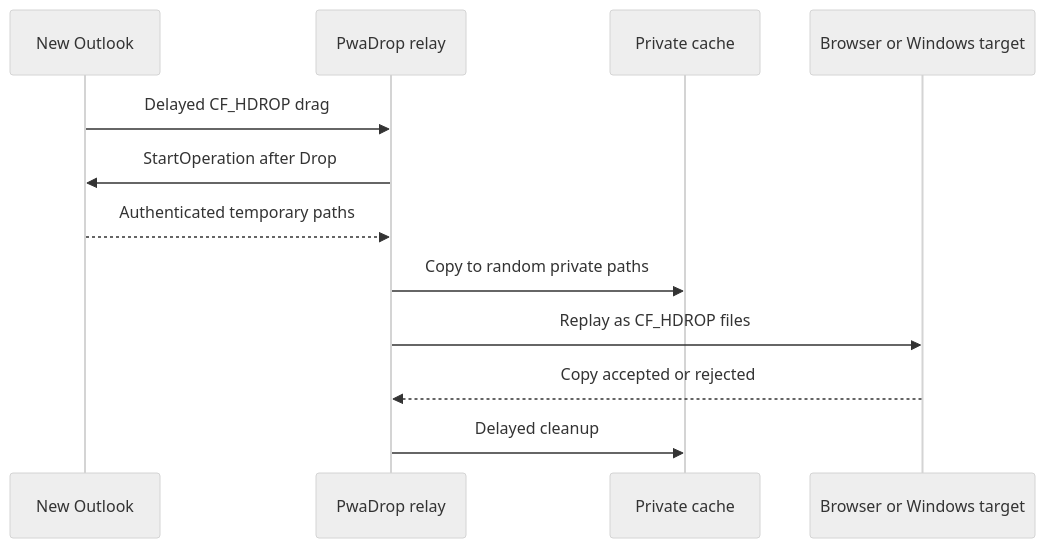
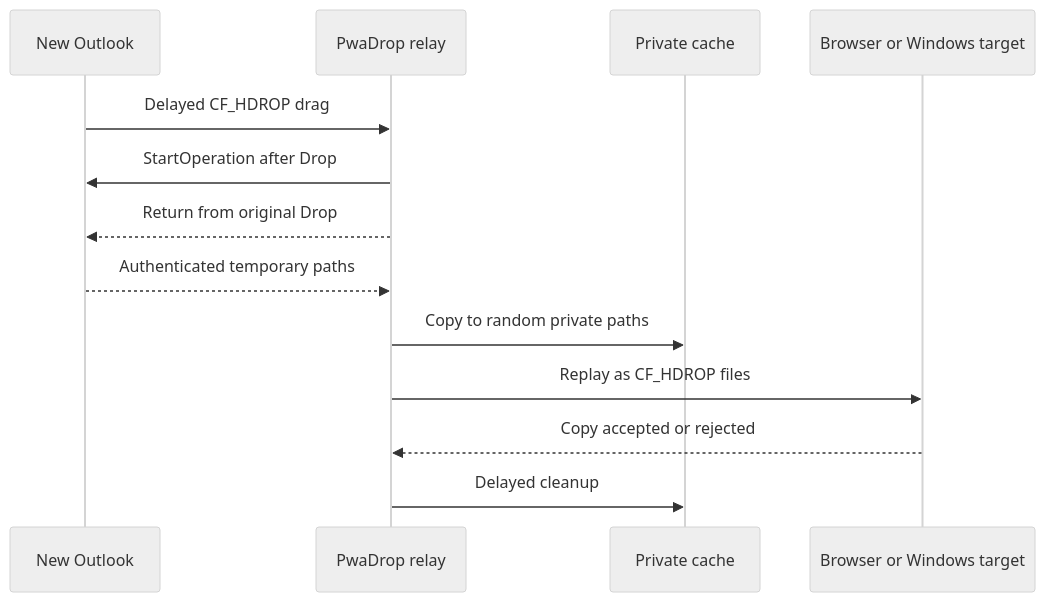
The diagram in README.md (LowkeyNEXT/PwaDrop), drawn with Mermaid (neutral theme) before and after one commit. The commit also changed other lines of this file and 10 other files, not shown here.

````diff
--- a/README.md
+++ b/README.md
@@ -26,15 +27,16 @@
 ```mermaid
 sequenceDiagram
     participant O as New Outlook
     participant R as PwaDrop relay
     participant C as Private cache
     participant T as Browser or Windows target
 
     O->>R: Delayed CF_HDROP drag
     R->>O: StartOperation after Drop
+    R-->>O: Return from original Drop
     O-->>R: Authenticated temporary paths
     R->>C: Copy to random private paths
     R->>T: Replay as CF_HDROP files
     T-->>R: Copy accepted or rejected
     R->>C: Delayed cleanup
 ```
````
